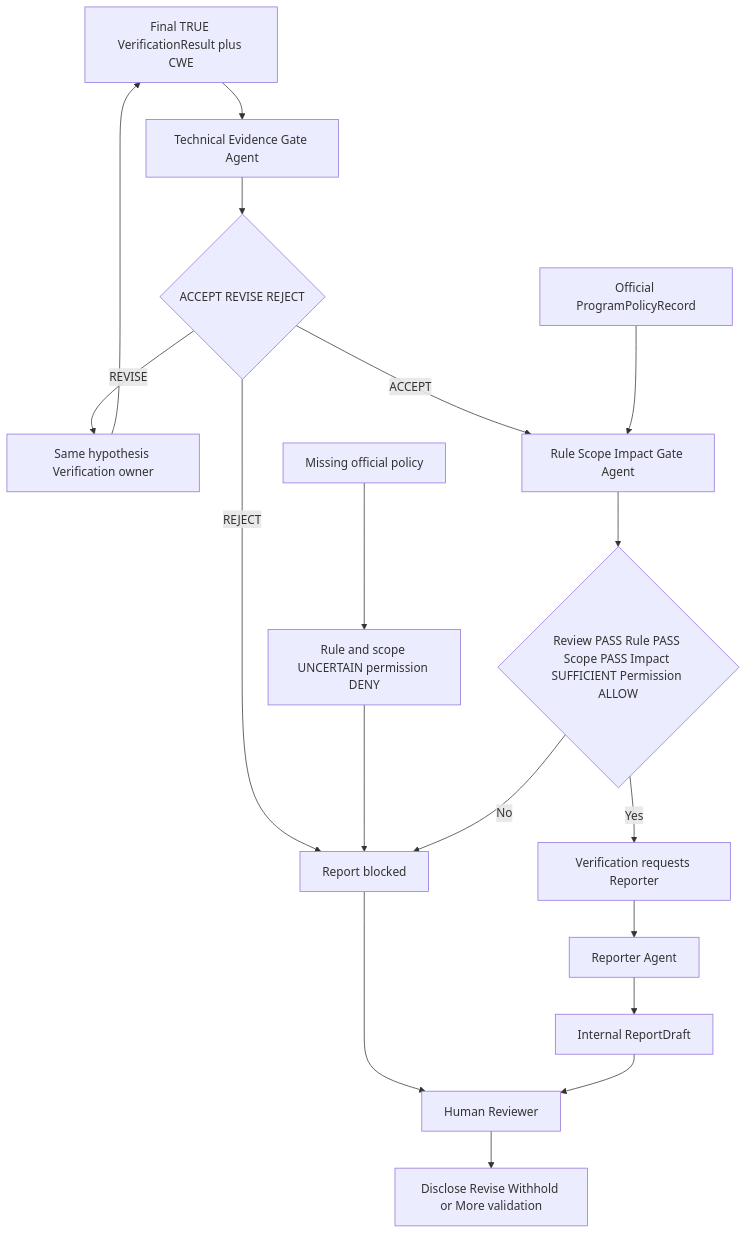
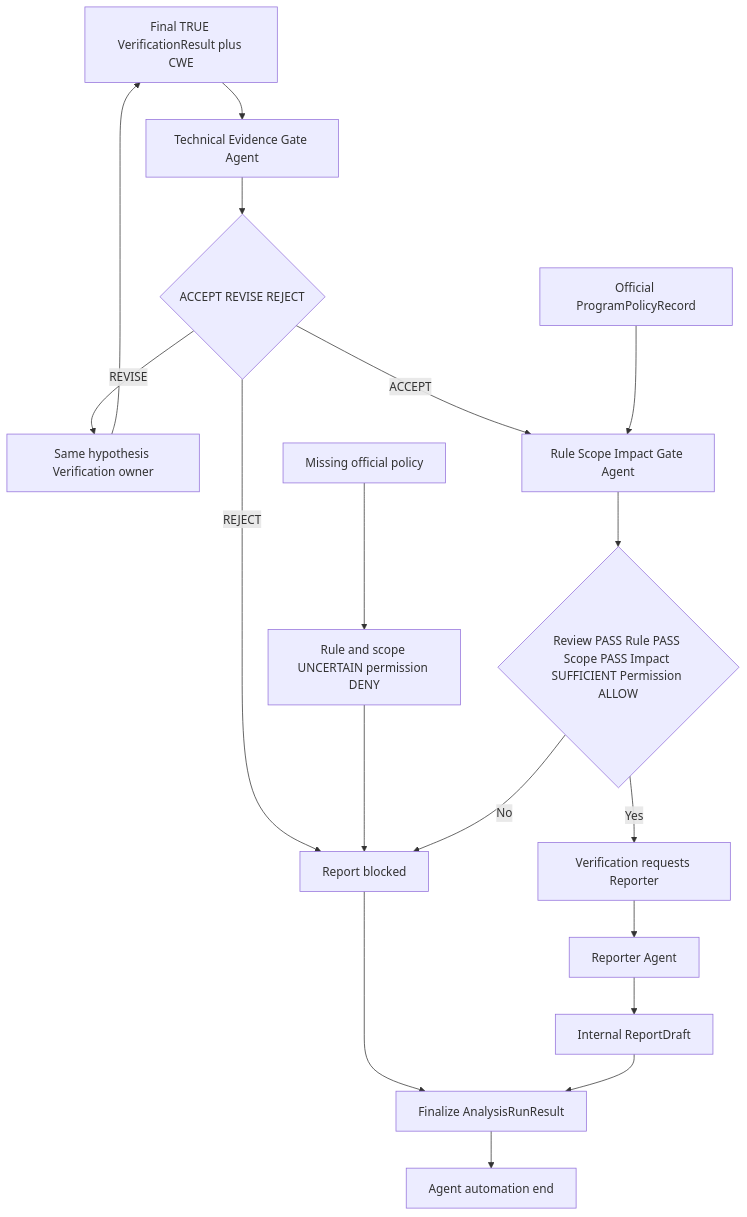
Before and after one commit to SASTsimi/sastsimi: the sixth of 13 diagrams in docs/architecture-v5/13-architecture-diagrams.md, drawn with Mermaid. The commit also changed other lines of this file and 28 other files, not shown here.

Commit message:
docs: remove R5-04 human review automation

````diff
--- a/docs/architecture-v5/13-architecture-diagrams.md
+++ b/docs/architecture-v5/13-architecture-diagrams.md
@@ -224,20 +224,20 @@
 ```mermaid
 flowchart TB
     VR[Final TRUE VerificationResult plus CWE] --> TECH[Technical Evidence Gate Agent]
     TECH --> TS{ACCEPT REVISE REJECT}
     TS -->|REVISE| BACK[Same hypothesis Verification owner]
     BACK --> VR
     TS -->|REJECT| BLOCK[Report blocked]
     TS -->|ACCEPT| RULE[Rule Scope Impact Gate Agent]
     POLICY[Official ProgramPolicyRecord] --> RULE
     NOPOL[Missing official policy] --> UNCERTAIN[Rule and scope UNCERTAIN permission DENY]
     UNCERTAIN --> BLOCK
     RULE --> READY{Review PASS Rule PASS Scope PASS Impact SUFFICIENT Permission ALLOW}
     READY -->|No| BLOCK
     READY -->|Yes| RREQ[Verification requests Reporter]
     RREQ --> REPORTER[Reporter Agent]
     REPORTER --> DRAFT[Internal ReportDraft]
-    BLOCK --> HUMAN[Human Reviewer]
-    DRAFT --> HUMAN
-    HUMAN --> DECIDE[Disclose Revise Withhold or More validation]
+    BLOCK --> FINAL[Finalize AnalysisRunResult]
+    DRAFT --> FINAL
+    FINAL --> END[Agent automation end]
 ```
````
